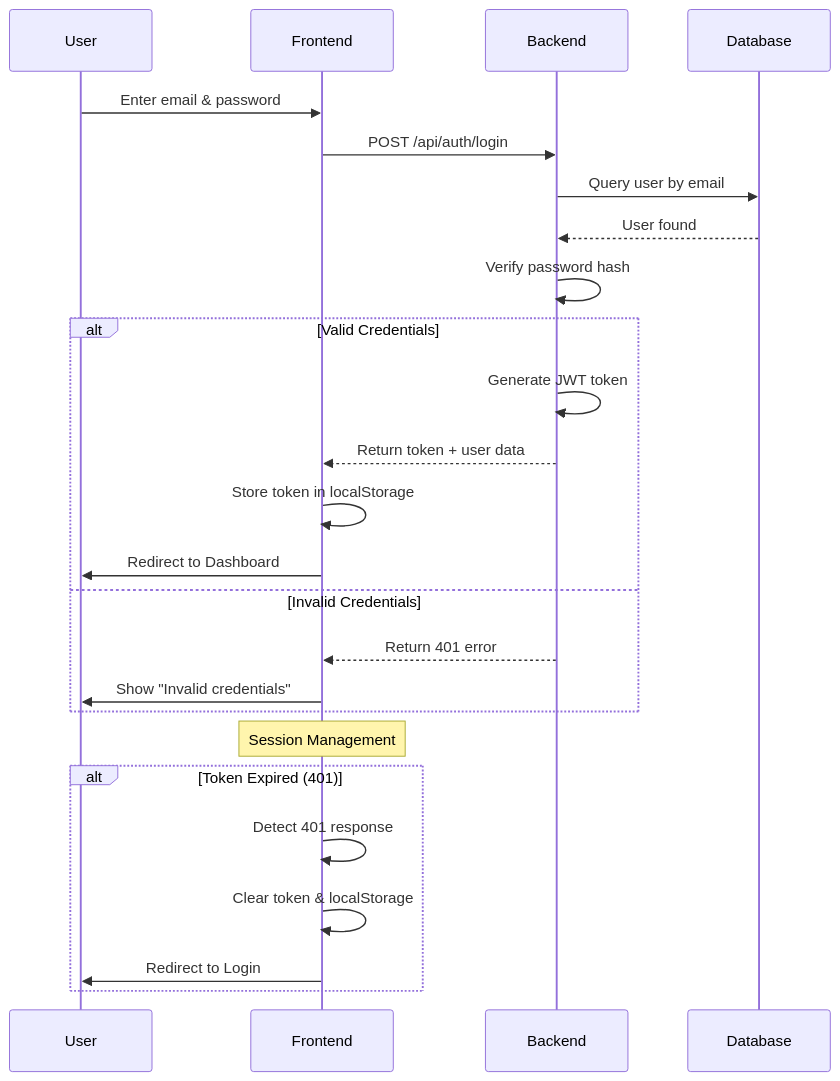
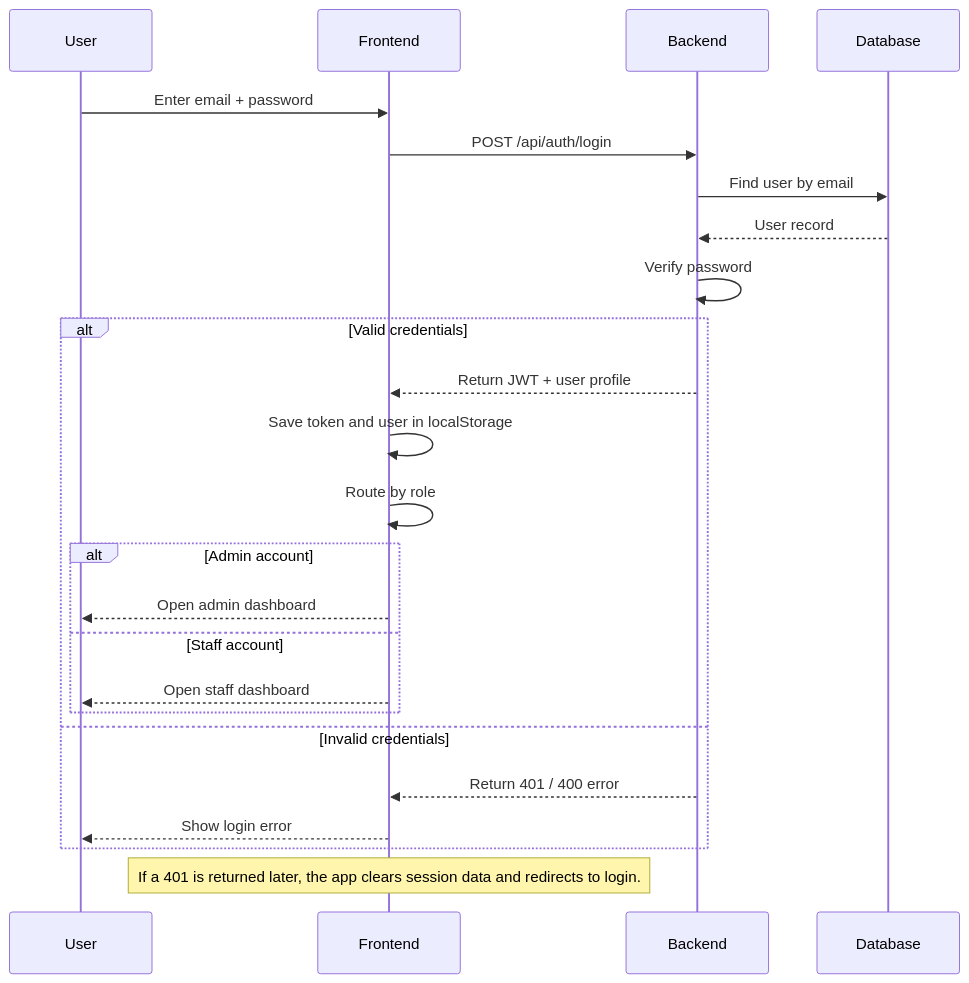
Before and after one commit to chandra0987/holidaysdb: the first of 5 diagrams in README.md, drawn with Mermaid. The commit also changed other lines of this file and 1 other file, not shown here.

Commit message:
feat(auth): improve admin login error messages and instructions for staff access

````diff
--- a/README.md
+++ b/README.md
@@ -88,29 +88,29 @@
 ```mermaid
 sequenceDiagram
-    participant User
-    participant Frontend
-    participant Backend
-    participant Database
-    
-    User->>Frontend: Enter email & password
-    Frontend->>Backend: POST /api/auth/login
-    Backend->>Database: Query user by email
-    Database-->>Backend: User found
-    Backend->>Backend: Verify password hash
-    alt Valid Credentials
-        Backend->>Backend: Generate JWT token
-        Backend-->>Frontend: Return token + user data
-        Frontend->>Frontend: Store token in localStorage
-        Frontend->>User: Redirect to Dashboard
-    else Invalid Credentials
-        Backend-->>Frontend: Return 401 error
-        Frontend->>User: Show "Invalid credentials"
+    participant U as User
+    participant F as Frontend
+    participant B as Backend
+    participant D as Database
+
+    U->>F: Enter email + password
+    F->>B: POST /api/auth/login
+    B->>D: Find user by email
+    D-->>B: User record
+    B->>B: Verify password
+
+    alt Valid credentials
+        B-->>F: Return JWT + user profile
+        F->>F: Save token and user in localStorage
+        F->>F: Route by role
+        alt Admin account
+            F-->>U: Open admin dashboard
+        else Staff account
+            F-->>U: Open staff dashboard
+        end
+    else Invalid credentials
+        B-->>F: Return 401 / 400 error
+        F-->>U: Show login error
     end
-    
-    Note over Frontend: Session Management
-    alt Token Expired (401)
-        Frontend->>Frontend: Detect 401 response
-        Frontend->>Frontend: Clear token & localStorage
-        Frontend->>User: Redirect to Login
-    end
+
+    Note over F: If a 401 is returned later, the app clears session data and redirects to login.
 ```
````
